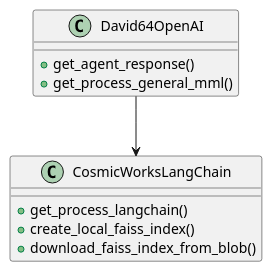
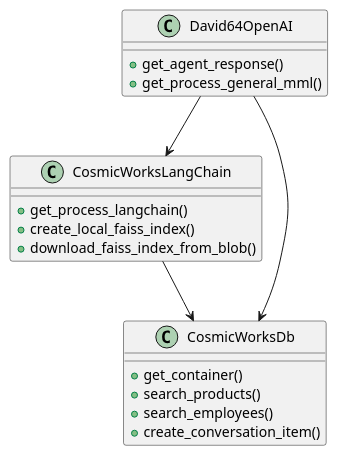
Before and after one commit to DTerian64/AIAgents: the diagram in docs/UML/class_daigram.puml, drawn with PlantUML.

```diff
--- a/docs/UML/class_daigram.puml
+++ b/docs/UML/class_daigram.puml
@@ -1,12 +1,20 @@
 @startuml class_diagram.puml
 class David64OpenAI {
   +get_agent_response()
   +get_process_general_mml()
 }
 class CosmicWorksLangChain {
   +get_process_langchain()
   +create_local_faiss_index()
   +download_faiss_index_from_blob()
 }
+class CosmicWorksDb{
+  +get_container()
+  +search_products()
+  +search_employees()
+  +create_conversation_item()
+}
 David64OpenAI --> CosmicWorksLangChain
+David64OpenAI --> CosmicWorksDb
+CosmicWorksLangChain --> CosmicWorksDb
 @enduml
```
